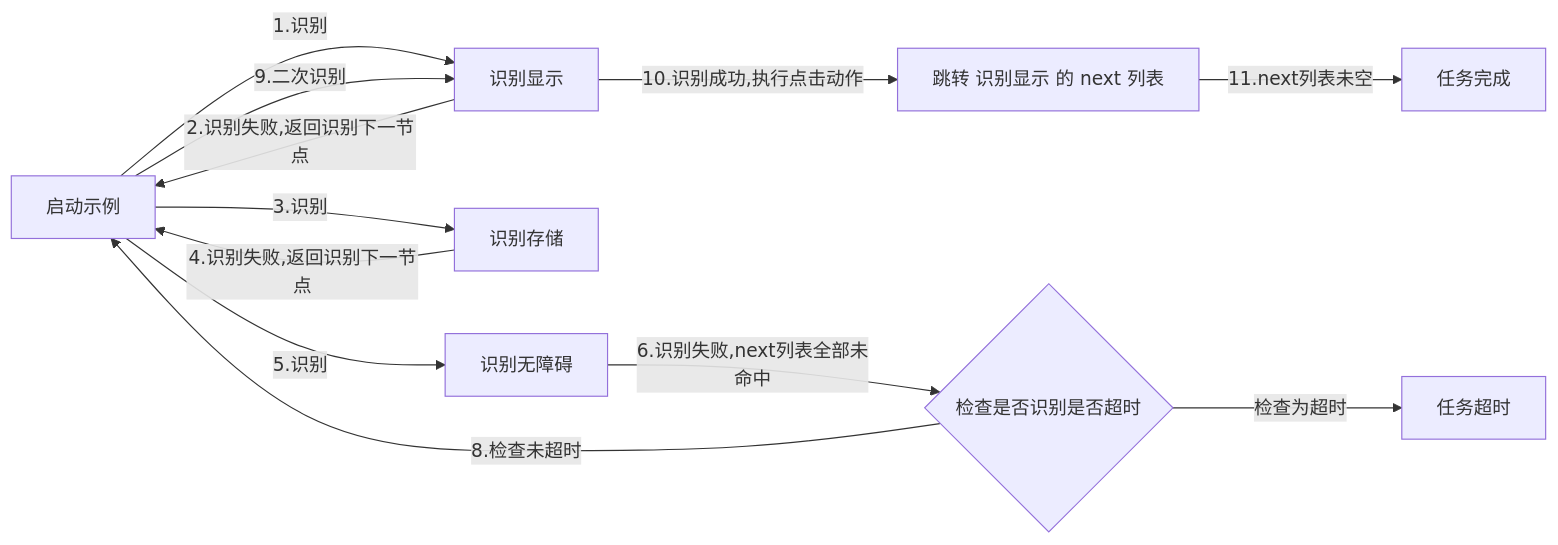
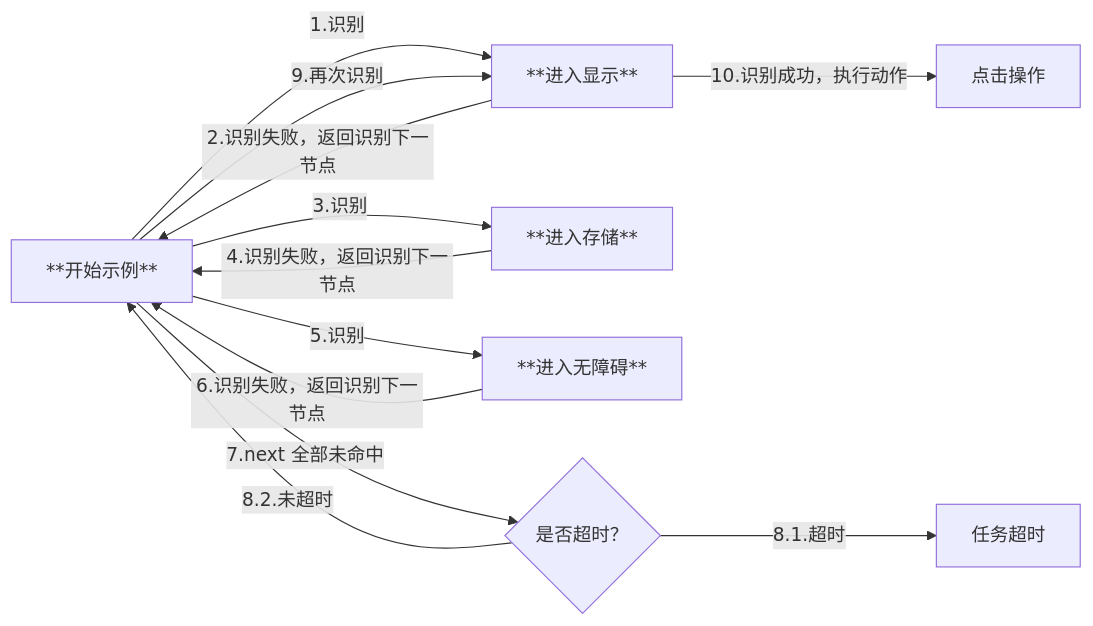
One commit to MaaXYZ/MaaFramework changed the second of 2 diagrams in docs/zh_cn/3.1-任务流水线协议.md. Above: the diagram before and after it, drawn with Mermaid. The commit also changed other lines of this file, not shown here.

Commit message:
docs: 流水线图示调整

````diff
--- a/docs/zh_cn/3.1-任务流水线协议.md
+++ b/docs/zh_cn/3.1-任务流水线协议.md
@@ -119,14 +114,14 @@
 ```mermaid
     graph LR
-        A[启动示例] -->|1.识别| B[识别显示]
-        B -->|2.识别失败,返回识别下一节点| A
-        A -->|3.识别| C[识别存储]
-        C -->|4.识别失败,返回识别下一节点| A
-        A -->|5.识别| D[识别无障碍]
-        D -->|6.识别失败,next列表全部未命中| E{检查是否识别是否超时}
-        E -->|检查为超时| F[任务超时]
-        E -->|8.检查未超时| A
-        A -->|9.二次识别| B
-        B -->|10.识别成功,执行点击动作| H[跳转 识别显示 的 next 列表]
-        H -->|11.next列表未空| G[任务完成]
+        A[**开始示例**] -->|1.识别| B[**进入显示**]
+        B -->|2.识别失败，返回识别下一节点| A
+        A -->|3.识别| Y[**进入存储**]
+        Y -->|4.识别失败，返回识别下一节点| A
+        A -->|5.识别| Z[**进入无障碍**]
+        Z -->|6.识别失败，返回识别下一节点| A
+        A -->|7.next 全部未命中|E{是否超时？}
+        E -->|8.1.超时| ZA[任务超时]
+        E -->|8.2.未超时| A
+        A -->|9.再次识别| B
+        B -->|10.识别成功，执行动作| F[点击操作]
 ```
````
